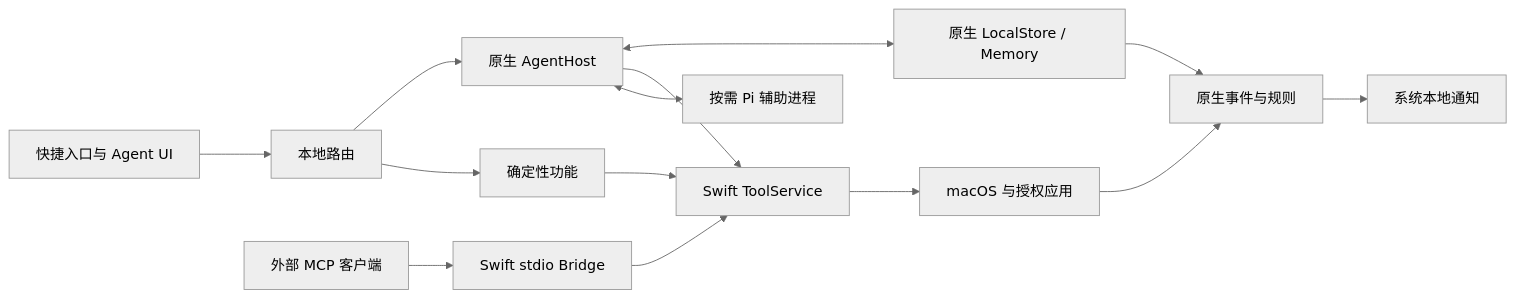
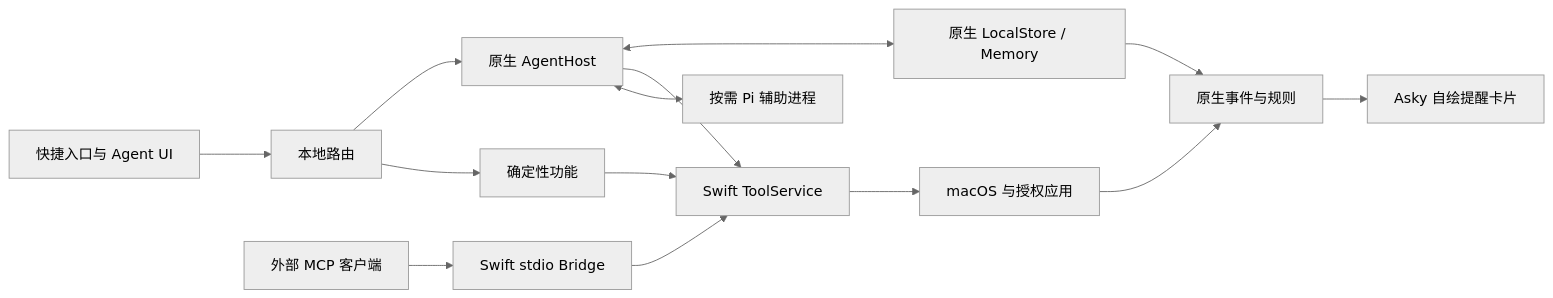
The diagram in docs/framework.md (Left2y/Asky), drawn with Mermaid (neutral theme) before and after one commit. The commit also changed other lines of this file and 14 other files, not shown here.

````diff
--- a/docs/framework.md
+++ b/docs/framework.md
@@ -44,16 +44,16 @@
 ```mermaid
 flowchart LR
     User[快捷入口与 Agent UI] --> Router[本地路由]
     Router --> Direct[确定性功能]
     Router --> Host[原生 AgentHost]
     Host <--> Pi[按需 Pi 辅助进程]
     Direct --> Tools[Swift ToolService]
     Host --> Tools
     External[外部 MCP 客户端] --> Bridge[Swift stdio Bridge]
     Bridge --> Tools
     Tools --> Mac[macOS 与授权应用]
     Host <--> Store[原生 LocalStore / Memory]
     Mac --> Scheduler[原生事件与规则]
     Store --> Scheduler
-    Scheduler --> Notify[系统本地通知]
+    Scheduler --> Notify[Asky 自绘提醒卡片]
 ```
````
